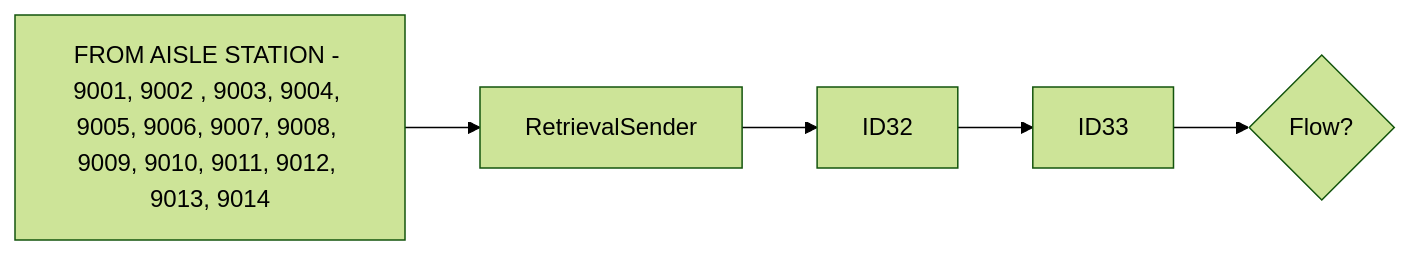
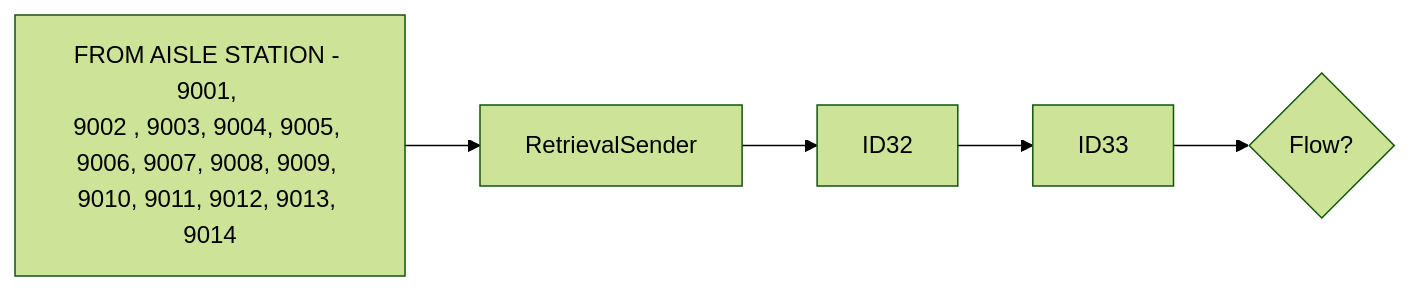
Before and after one commit to luthfiadityaa/SimeDarby-Wiki: the second of 20 diagrams in Basic-Design/DFD-WMS/Retrieval/Specific-Location-Retrieval-Setting.md, drawn with Mermaid (forest theme). The commit also changed other lines of this file, not shown here.

Commit message:
Updated Specific Location Retrieval Setting

```diff
--- a/Basic-Design/DFD-WMS/Retrieval/Specific-Location-Retrieval-Setting.md
+++ b/Basic-Design/DFD-WMS/Retrieval/Specific-Location-Retrieval-Setting.md
@@ -14,5 +15,9 @@
 ::: mermaid
 flowchart LR
 
-P1[FROM AISLE STATION - 9001, 9002 , 9003, 9004, 9005, 9006, 9007, 9008, 9009, 9010, 9011, 9012, 9013, 9014]-->P2[RetrievalSender]-->P3[ID32]-->P4[ID33]-->Cond1{Flow?} 
+P1[FROM AISLE STATION - 9001, 
+9002 , 9003, 9004, 9005, 
+9006, 9007, 9008, 9009, 
+9010, 9011, 9012, 9013, 
+9014]-->P2[RetrievalSender]-->P3[ID32]-->P4[ID33]-->Cond1{Flow?} 
 :::
```
